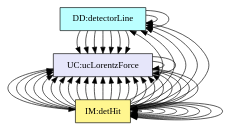
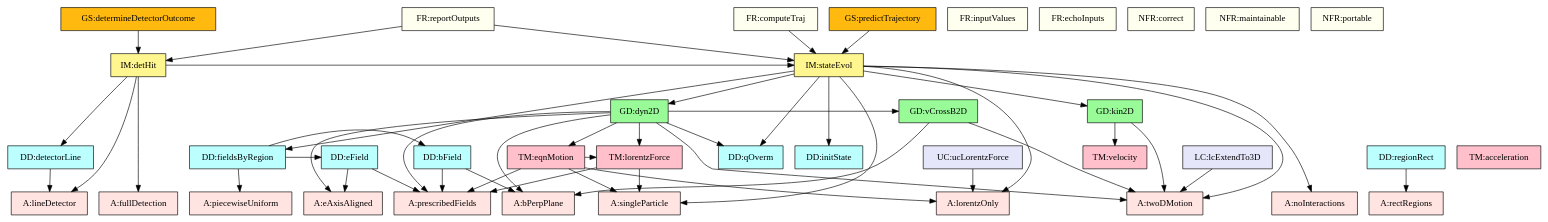
One commit to JoeZZG/Drasil741 changed the diagram in code/drasil-example/trajecto/TraceyGraph/allvsall.dot. Above: the diagram before and after it, drawn with Graphviz. The commit also changed 12 other files, not shown here.

```diff
--- a/code/drasil-example/trajecto/TraceyGraph/allvsall.dot
+++ b/code/drasil-example/trajecto/TraceyGraph/allvsall.dot
@@ -1,137 +1,119 @@
-digraph allvsall {
-	dataDefn:Evec -> instance:prescribedFields;
-	dataDefn:Evec -> instance:eAxisAligned;
-	dataDefn:Bvec -> instance:prescribedFields;
-	dataDefn:Bvec -> instance:bPerpPlane;
-	dataDefn:Ri -> instance:rectRegions;
-	dataDefn:Ei -> instance:piecewiseUniform;
-	dataDefn:Ei -> dataDefn:Evec;
-	dataDefn:Ei -> dataDefn:Bvec;
-	dataDefn:Ldet -> instance:lineDetector;
-	theory:lorentzForceCS -> instance:singleParticle;
-	theory:lorentzForceCS -> instance:prescribedFields;
-	theory:eqnMotionCS -> instance:singleParticle;
-	theory:eqnMotionCS -> instance:prescribedFields;
-	theory:eqnMotionCS -> instance:lorentzOnly;
-	theory:eqnMotionCS -> theory:lorentzForceCS;
-	theory:kin2DRC -> instance:twoDMotion;
-	theory:kin2DRC -> theory:velocityTM;
-	theory:vCrossB -> instance:twoDMotion;
-	theory:vCrossB -> instance:bPerpPlane;
-	theory:dyn2DRC -> instance:prescribedFields;
-	theory:dyn2DRC -> instance:twoDMotion;
-	theory:dyn2DRC -> instance:bPerpPlane;
-	theory:dyn2DRC -> instance:eAxisAligned;
-	theory:dyn2DRC -> dataDefn:kappa;
-	theory:dyn2DRC -> theory:lorentzForceCS;
-	theory:dyn2DRC -> theory:eqnMotionCS;
-	theory:dyn2DRC -> theory:vCrossB;
-	theory:stateEvolRC -> instance:singleParticle;
-	theory:stateEvolRC -> instance:noInteractions;
-	theory:stateEvolRC -> instance:twoDMotion;
-	theory:stateEvolRC -> instance:lorentzOnly;
-	theory:stateEvolRC -> dataDefn:kappa;
-	theory:stateEvolRC -> dataDefn:s0;
-	theory:stateEvolRC -> dataDefn:Ei;
-	theory:stateEvolRC -> theory:kin2DRC;
-	theory:stateEvolRC -> theory:dyn2DRC;
-	theory:detHitIM -> instance:lineDetector;
-	theory:detHitIM -> instance:fullDetection;
-	theory:detHitIM -> dataDefn:Ldet;
-	theory:detHitIM -> theory:stateEvolRC;
-	instance:computeTraj -> theory:stateEvolRC;
-	instance:reportOutputs -> theory:stateEvolRC;
-	instance:reportOutputs -> theory:detHitIM;
-	instance:predictTrajectory -> theory:stateEvolRC;
-	instance:determineDetectorOutcome -> theory:detHitIM;
-	instance:lcExtendTo3D -> instance:twoDMotion;
-	instance:ucLorentzForce -> instance:lorentzOnly;
-
-
-	instance:piecewiseUniform	[shape=box, color=black, style=filled, fillcolor=mistyrose, label="A:piecewiseUniform"];
-	instance:singleParticle	[shape=box, color=black, style=filled, fillcolor=mistyrose, label="A:singleParticle"];
-	instance:noInteractions	[shape=box, color=black, style=filled, fillcolor=mistyrose, label="A:noInteractions"];
-	instance:prescribedFields	[shape=box, color=black, style=filled, fillcolor=mistyrose, label="A:prescribedFields"];
-	instance:twoDMotion	[shape=box, color=black, style=filled, fillcolor=mistyrose, label="A:twoDMotion"];
-	instance:bPerpPlane	[shape=box, color=black, style=filled, fillcolor=mistyrose, label="A:bPerpPlane"];
-	instance:eAxisAligned	[shape=box, color=black, style=filled, fillcolor=mistyrose, label="A:eAxisAligned"];
-	instance:rectRegions	[shape=box, color=black, style=filled, fillcolor=mistyrose, label="A:rectRegions"];
-	instance:lineDetector	[shape=box, color=black, style=filled, fillcolor=mistyrose, label="A:lineDetector"];
-	instance:fullDetection	[shape=box, color=black, style=filled, fillcolor=mistyrose, label="A:fullDetection"];
-	instance:lorentzOnly	[shape=box, color=black, style=filled, fillcolor=mistyrose, label="A:lorentzOnly"];
-
-	subgraph A {
-	rank="same"
-	{instance:piecewiseUniform, instance:singleParticle, instance:noInteractions, instance:prescribedFields, instance:twoDMotion, instance:bPerpPlane, instance:eAxisAligned, instance:rectRegions, instance:lineDetector, instance:fullDetection, instance:lorentzOnly}
-	}
-
-	dataDefn:kappa	[shape=box, color=black, style=filled, fillcolor=paleturquoise1, label="DD:qOverm"];
-	dataDefn:s0	[shape=box, color=black, style=filled, fillcolor=paleturquoise1, label="DD:initState"];
-	dataDefn:Evec	[shape=box, color=black, style=filled, fillcolor=paleturquoise1, label="DD:eField"];
-	dataDefn:Bvec	[shape=box, color=black, style=filled, fillcolor=paleturquoise1, label="DD:bField"];
-	dataDefn:Ri	[shape=box, color=black, style=filled, fillcolor=paleturquoise1, label="DD:regionRect"];
-	dataDefn:Ei	[shape=box, color=black, style=filled, fillcolor=paleturquoise1, label="DD:fieldsByRegion"];
-	dataDefn:Ldet	[shape=box, color=black, style=filled, fillcolor=paleturquoise1, label="DD:detectorLine"];
-
-	subgraph DD {
-	rank="same"
-	{dataDefn:kappa, dataDefn:s0, dataDefn:Evec, dataDefn:Bvec, dataDefn:Ri, dataDefn:Ei, dataDefn:Ldet}
-	}
-
-	theory:velocityTM	[shape=box, color=black, style=filled, fillcolor=pink, label="TM:velocity"];
-	theory:accelerationTM	[shape=box, color=black, style=filled, fillcolor=pink, label="TM:acceleration"];
-	theory:lorentzForceCS	[shape=box, color=black, style=filled, fillcolor=pink, label="TM:lorentzForce"];
-	theory:eqnMotionCS	[shape=box, color=black, style=filled, fillcolor=pink, label="TM:eqnMotion"];
-
-	subgraph TM {
-	rank="same"
-	{theory:velocityTM, theory:accelerationTM, theory:lorentzForceCS, theory:eqnMotionCS}
-	}
-
-	theory:kin2DRC	[shape=box, color=black, style=filled, fillcolor=palegreen, label="GD:kin2D"];
-	theory:vCrossB	[shape=box, color=black, style=filled, fillcolor=palegreen, label="GD:vCrossB2D"];
-	theory:dyn2DRC	[shape=box, color=black, style=filled, fillcolor=palegreen, label="GD:dyn2D"];
-
-	subgraph GD {
-	rank="same"
-	{theory:kin2DRC, theory:vCrossB, theory:dyn2DRC}
-	}
-
-	theory:stateEvolRC	[shape=box, color=black, style=filled, fillcolor=khaki1, label="IM:stateEvol"];
-	theory:detHitIM	[shape=box, color=black, style=filled, fillcolor=khaki1, label="IM:detHit"];
-
-	subgraph IM {
-	rank="same"
-	{theory:stateEvolRC, theory:detHitIM}
-	}
-
-	instance:inputValues	[shape=box, color=black, style=filled, fillcolor=ivory, label="FR:inputValues"];
-	instance:echoInputs	[shape=box, color=black, style=filled, fillcolor=ivory, label="FR:echoInputs"];
-	instance:computeTraj	[shape=box, color=black, style=filled, fillcolor=ivory, label="FR:computeTraj"];
-	instance:reportOutputs	[shape=box, color=black, style=filled, fillcolor=ivory, label="FR:reportOutputs"];
-	instance:correct	[shape=box, color=black, style=filled, fillcolor=ivory, label="NFR:correct"];
-	instance:maintainable	[shape=box, color=black, style=filled, fillcolor=ivory, label="NFR:maintainable"];
-	instance:portable	[shape=box, color=black, style=filled, fillcolor=ivory, label="NFR:portable"];
-
-	subgraph FR {
-	rank="same"
-	{instance:inputValues, instance:echoInputs, instance:computeTraj, instance:reportOutputs, instance:correct, instance:maintainable, instance:portable}
-	}
-
-	instance:predictTrajectory	[shape=box, color=black, style=filled, fillcolor=darkgoldenrod1, label="GS:predictTrajectory"];
-	instance:determineDetectorOutcome	[shape=box, color=black, style=filled, fillcolor=darkgoldenrod1, label="GS:determineDetectorOutcome"];
-
-	subgraph GS {
-	rank="same"
-	{instance:predictTrajectory, instance:determineDetectorOutcome}
-	}
-
-	instance:lcExtendTo3D	[shape=box, color=black, style=filled, fillcolor=lavender, label="LC:lcExtendTo3D"];
-	instance:ucLorentzForce	[shape=box, color=black, style=filled, fillcolor=lavender, label="UC:ucLorentzForce"];
-
-	subgraph LC {
-	rank="same"
-	{instance:lcExtendTo3D, instance:ucLorentzForce}
-	}
-
+digraph "allvsall" {
+    "dataDefn:Evec" -> "instance:prescribedFields";
+    "dataDefn:Evec" -> "instance:eAxisAligned";
+    "dataDefn:Bvec" -> "instance:prescribedFields";
+    "dataDefn:Bvec" -> "instance:bPerpPlane";
+    "dataDefn:Ri" -> "instance:rectRegions";
+    "dataDefn:Ei" -> "instance:piecewiseUniform";
+    "dataDefn:Ei" -> "dataDefn:Evec";
+    "dataDefn:Ei" -> "dataDefn:Bvec";
+    "dataDefn:Ldet" -> "instance:lineDetector";
+    "theory:lorentzForceCS" -> "instance:singleParticle";
+    "theory:lorentzForceCS" -> "instance:prescribedFields";
+    "theory:eqnMotionCS" -> "instance:singleParticle";
+    "theory:eqnMotionCS" -> "instance:prescribedFields";
+    "theory:eqnMotionCS" -> "instance:lorentzOnly";
+    "theory:eqnMotionCS" -> "theory:lorentzForceCS";
+    "theory:kin2DRC" -> "instance:twoDMotion";
+    "theory:kin2DRC" -> "theory:velocityTM";
+    "theory:vCrossB" -> "instance:twoDMotion";
+    "theory:vCrossB" -> "instance:bPerpPlane";
+    "theory:dyn2DRC" -> "instance:prescribedFields";
+    "theory:dyn2DRC" -> "instance:twoDMotion";
+    "theory:dyn2DRC" -> "instance:bPerpPlane";
+    "theory:dyn2DRC" -> "instance:eAxisAligned";
+    "theory:dyn2DRC" -> "dataDefn:kappa";
+    "theory:dyn2DRC" -> "theory:lorentzForceCS";
+    "theory:dyn2DRC" -> "theory:eqnMotionCS";
+    "theory:dyn2DRC" -> "theory:vCrossB";
+    "theory:stateEvolRC" -> "instance:singleParticle";
+    "theory:stateEvolRC" -> "instance:noInteractions";
+    "theory:stateEvolRC" -> "instance:twoDMotion";
+    "theory:stateEvolRC" -> "instance:lorentzOnly";
+    "theory:stateEvolRC" -> "dataDefn:kappa";
+    "theory:stateEvolRC" -> "dataDefn:s0";
+    "theory:stateEvolRC" -> "dataDefn:Ei";
+    "theory:stateEvolRC" -> "theory:kin2DRC";
+    "theory:stateEvolRC" -> "theory:dyn2DRC";
+    "theory:detHitIM" -> "instance:lineDetector";
+    "theory:detHitIM" -> "instance:fullDetection";
+    "theory:detHitIM" -> "dataDefn:Ldet";
+    "theory:detHitIM" -> "theory:stateEvolRC";
+    "instance:computeTraj" -> "theory:stateEvolRC";
+    "instance:reportOutputs" -> "theory:stateEvolRC";
+    "instance:reportOutputs" -> "theory:detHitIM";
+    "instance:predictTrajectory" -> "theory:stateEvolRC";
+    "instance:determineDetectorOutcome" -> "theory:detHitIM";
+    "instance:lcExtendTo3D" -> "instance:twoDMotion";
+    "instance:ucLorentzForce" -> "instance:lorentzOnly";
+    "instance:piecewiseUniform" [shape=box, color=black, style=filled, fillcolor="mistyrose", label="A:piecewiseUniform"];
+    "instance:singleParticle" [shape=box, color=black, style=filled, fillcolor="mistyrose", label="A:singleParticle"];
+    "instance:noInteractions" [shape=box, color=black, style=filled, fillcolor="mistyrose", label="A:noInteractions"];
+    "instance:prescribedFields" [shape=box, color=black, style=filled, fillcolor="mistyrose", label="A:prescribedFields"];
+    "instance:twoDMotion" [shape=box, color=black, style=filled, fillcolor="mistyrose", label="A:twoDMotion"];
+    "instance:bPerpPlane" [shape=box, color=black, style=filled, fillcolor="mistyrose", label="A:bPerpPlane"];
+    "instance:eAxisAligned" [shape=box, color=black, style=filled, fillcolor="mistyrose", label="A:eAxisAligned"];
+    "instance:rectRegions" [shape=box, color=black, style=filled, fillcolor="mistyrose", label="A:rectRegions"];
+    "instance:lineDetector" [shape=box, color=black, style=filled, fillcolor="mistyrose", label="A:lineDetector"];
+    "instance:fullDetection" [shape=box, color=black, style=filled, fillcolor="mistyrose", label="A:fullDetection"];
+    "instance:lorentzOnly" [shape=box, color=black, style=filled, fillcolor="mistyrose", label="A:lorentzOnly"];
+    subgraph "A" {
+        rank="same";
+        "instance:piecewiseUniform" "instance:singleParticle" "instance:noInteractions" "instance:prescribedFields" "instance:twoDMotion" "instance:bPerpPlane" "instance:eAxisAligned" "instance:rectRegions" "instance:lineDetector" "instance:fullDetection" "instance:lorentzOnly";
+    }
+    "dataDefn:kappa" [shape=box, color=black, style=filled, fillcolor="paleturquoise1", label="DD:qOverm"];
+    "dataDefn:s0" [shape=box, color=black, style=filled, fillcolor="paleturquoise1", label="DD:initState"];
+    "dataDefn:Evec" [shape=box, color=black, style=filled, fillcolor="paleturquoise1", label="DD:eField"];
+    "dataDefn:Bvec" [shape=box, color=black, style=filled, fillcolor="paleturquoise1", label="DD:bField"];
+    "dataDefn:Ri" [shape=box, color=black, style=filled, fillcolor="paleturquoise1", label="DD:regionRect"];
+    "dataDefn:Ei" [shape=box, color=black, style=filled, fillcolor="paleturquoise1", label="DD:fieldsByRegion"];
+    "dataDefn:Ldet" [shape=box, color=black, style=filled, fillcolor="paleturquoise1", label="DD:detectorLine"];
+    subgraph "DD" {
+        rank="same";
+        "dataDefn:kappa" "dataDefn:s0" "dataDefn:Evec" "dataDefn:Bvec" "dataDefn:Ri" "dataDefn:Ei" "dataDefn:Ldet";
+    }
+    "theory:velocityTM" [shape=box, color=black, style=filled, fillcolor="pink", label="TM:velocity"];
+    "theory:accelerationTM" [shape=box, color=black, style=filled, fillcolor="pink", label="TM:acceleration"];
+    "theory:lorentzForceCS" [shape=box, color=black, style=filled, fillcolor="pink", label="TM:lorentzForce"];
+    "theory:eqnMotionCS" [shape=box, color=black, style=filled, fillcolor="pink", label="TM:eqnMotion"];
+    subgraph "TM" {
+        rank="same";
+        "theory:velocityTM" "theory:accelerationTM" "theory:lorentzForceCS" "theory:eqnMotionCS";
+    }
+    "theory:kin2DRC" [shape=box, color=black, style=filled, fillcolor="palegreen", label="GD:kin2D"];
+    "theory:vCrossB" [shape=box, color=black, style=filled, fillcolor="palegreen", label="GD:vCrossB2D"];
+    "theory:dyn2DRC" [shape=box, color=black, style=filled, fillcolor="palegreen", label="GD:dyn2D"];
+    subgraph "GD" {
+        rank="same";
+        "theory:kin2DRC" "theory:vCrossB" "theory:dyn2DRC";
+    }
+    "theory:stateEvolRC" [shape=box, color=black, style=filled, fillcolor="khaki1", label="IM:stateEvol"];
+    "theory:detHitIM" [shape=box, color=black, style=filled, fillcolor="khaki1", label="IM:detHit"];
+    subgraph "IM" {
+        rank="same";
+        "theory:stateEvolRC" "theory:detHitIM";
+    }
+    "instance:inputValues" [shape=box, color=black, style=filled, fillcolor="ivory", label="FR:inputValues"];
+    "instance:echoInputs" [shape=box, color=black, style=filled, fillcolor="ivory", label="FR:echoInputs"];
+    "instance:computeTraj" [shape=box, color=black, style=filled, fillcolor="ivory", label="FR:computeTraj"];
+    "instance:reportOutputs" [shape=box, color=black, style=filled, fillcolor="ivory", label="FR:reportOutputs"];
+    "instance:correct" [shape=box, color=black, style=filled, fillcolor="ivory", label="NFR:correct"];
+    "instance:maintainable" [shape=box, color=black, style=filled, fillcolor="ivory", label="NFR:maintainable"];
+    "instance:portable" [shape=box, color=black, style=filled, fillcolor="ivory", label="NFR:portable"];
+    subgraph "FR" {
+        rank="same";
+        "instance:inputValues" "instance:echoInputs" "instance:computeTraj" "instance:reportOutputs" "instance:correct" "instance:maintainable" "instance:portable";
+    }
+    "instance:predictTrajectory" [shape=box, color=black, style=filled, fillcolor="darkgoldenrod1", label="GS:predictTrajectory"];
+    "instance:determineDetectorOutcome" [shape=box, color=black, style=filled, fillcolor="darkgoldenrod1", label="GS:determineDetectorOutcome"];
+    subgraph "GS" {
+        rank="same";
+        "instance:predictTrajectory" "instance:determineDetectorOutcome";
+    }
+    "instance:lcExtendTo3D" [shape=box, color=black, style=filled, fillcolor="lavender", label="LC:lcExtendTo3D"];
+    "instance:ucLorentzForce" [shape=box, color=black, style=filled, fillcolor="lavender", label="UC:ucLorentzForce"];
+    subgraph "LC" {
+        rank="same";
+        "instance:lcExtendTo3D" "instance:ucLorentzForce";
+    }
 }
```
